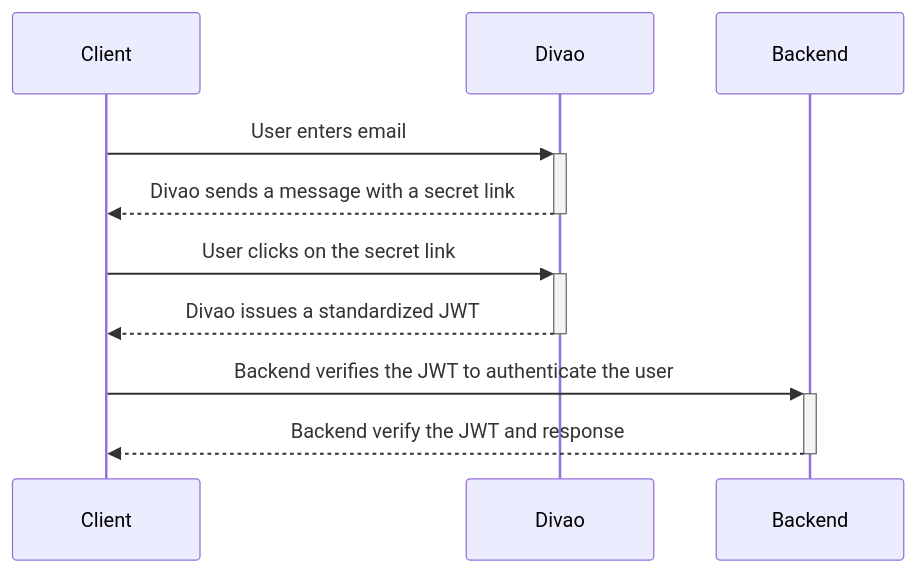
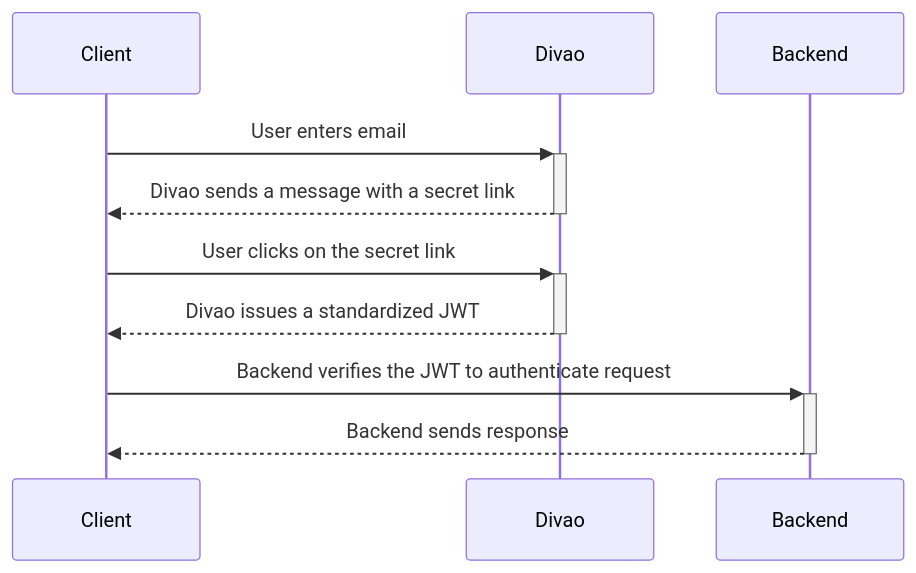
The diagram in README.md (divao-io/docs), drawn with Mermaid before and after one commit. The commit also changed 1 other file, not shown here.

Commit message:
Improved docs.

````diff
--- a/README.md
+++ b/README.md
@@ -17,9 +17,9 @@
 ```mermaid
 sequenceDiagram
     Client->>+Divao: User enters email
     Divao-->>-Client: Divao sends a message with a secret link
     Client->>+Divao: User clicks on the secret link
     Divao-->>-Client: Divao issues a standardized JWT
-    Client->>+Backend: Backend verifies the JWT to authenticate the user
-    Backend-->>-Client: Backend verify the JWT and response
+    Client->>+Backend: Backend verifies the JWT to authenticate request
+    Backend-->>-Client: Backend sends response
 ```
````
